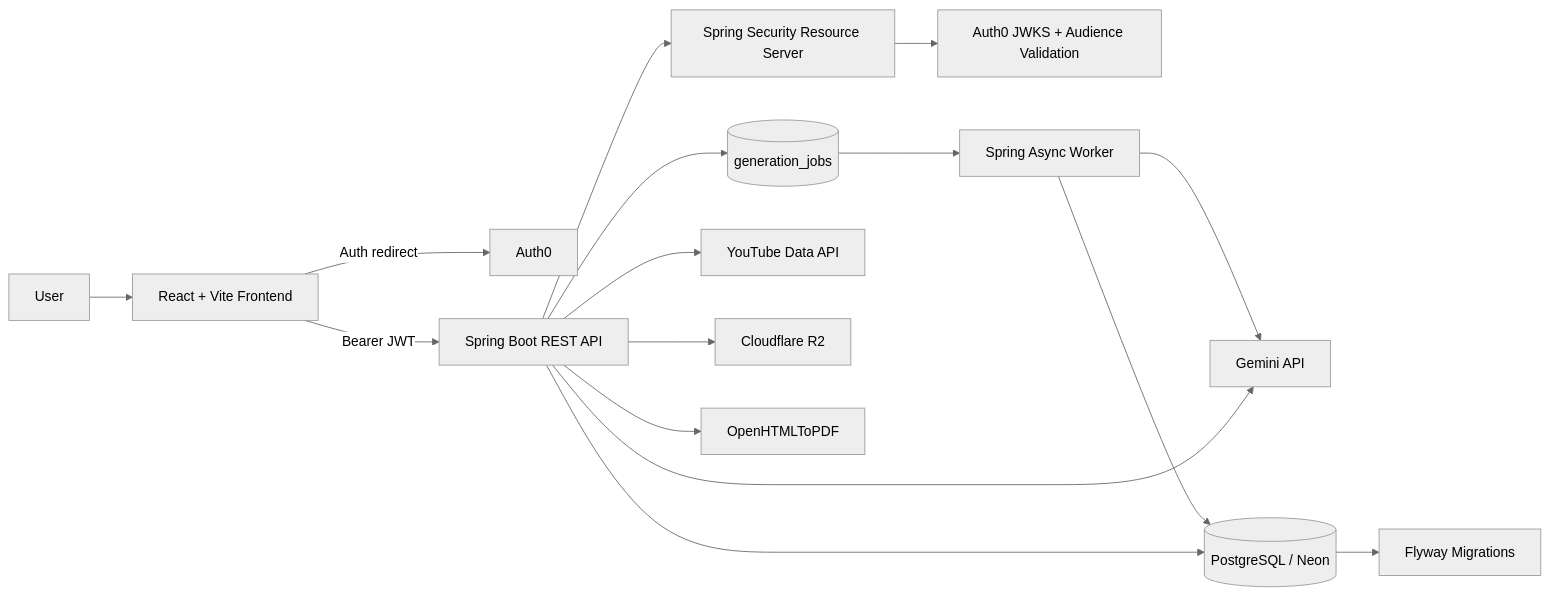
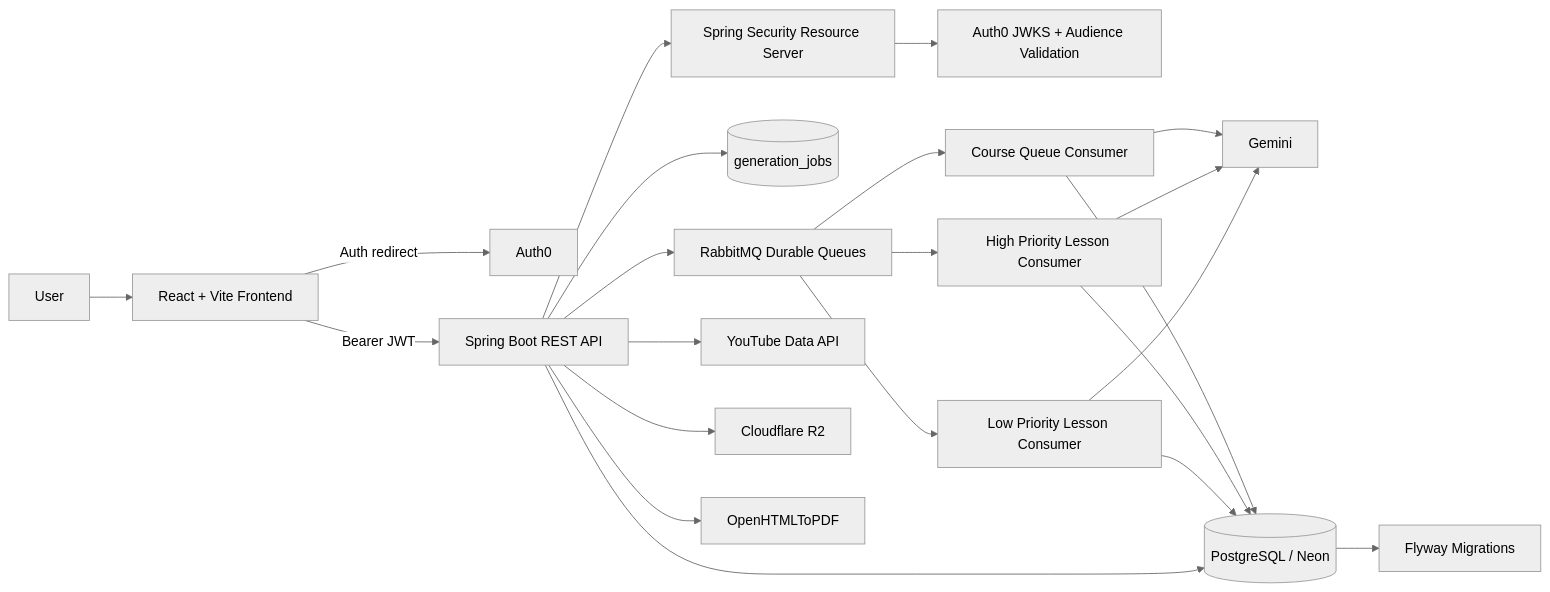
One commit to abhinav1karthik/Text-to-Learn-AI changed the first of 8 diagrams in README.md. Above: the diagram before and after it, drawn with Mermaid (neutral theme). The commit also changed other lines of this file, not shown here.

Commit message:
Document queue-backed generation architecture

````diff
--- a/README.md
+++ b/README.md
@@ -47,21 +47,27 @@
 ```mermaid
 flowchart LR
     User[User] --> Browser[React + Vite Frontend]
     Browser -->|Auth redirect| Auth0[Auth0]
     Browser -->|Bearer JWT| API[Spring Boot REST API]
 
     API --> Security[Spring Security Resource Server]
     Security --> Auth0JWKS[Auth0 JWKS + Audience Validation]
 
     API --> Jobs[(generation_jobs)]
-    Jobs --> Worker[Spring Async Worker]
-    Worker --> Gemini
-    Worker --> DB[(PostgreSQL / Neon)]
+    API --> Rabbit[RabbitMQ Durable Queues]
+    Rabbit --> CourseWorker[Course Queue Consumer]
+    Rabbit --> HighLessonWorker[High Priority Lesson Consumer]
+    Rabbit --> LowLessonWorker[Low Priority Lesson Consumer]
+    CourseWorker --> Gemini
+    HighLessonWorker --> Gemini
+    LowLessonWorker --> Gemini
+    CourseWorker --> DB[(PostgreSQL / Neon)]
+    HighLessonWorker --> DB
+    LowLessonWorker --> DB
     API --> DB
-    API --> Gemini[Gemini API]
     API --> YouTube[YouTube Data API]
     API --> R2[Cloudflare R2]
     API --> PDF[OpenHTMLToPDF]
 
     DB --> Flyway[Flyway Migrations]
 ```
````
